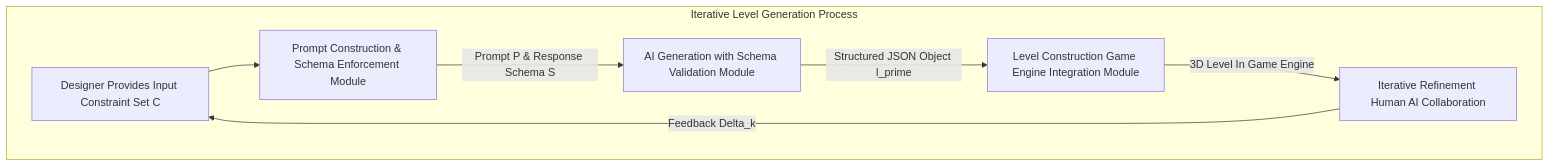
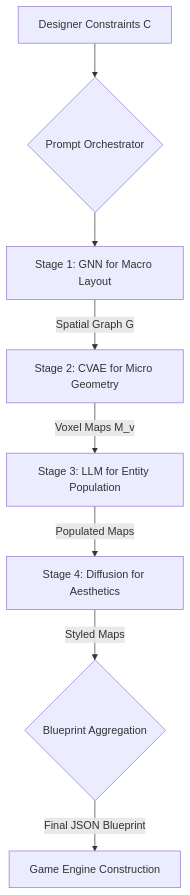
One commit to diplomat-bit/Citibank_Demo_Business_Inc_Demonstration- changed the second of 8 diagrams in inventions/086_automated_game_level_design.md. Above: the diagram before and after it, drawn with Mermaid. The commit also changed other lines of this file, not shown here.

Commit message:
[AI] Edit: inventions/086_automated_game_level_design.md

````diff
--- a/inventions/086_automated_game_level_design.md
+++ b/inventions/086_automated_game_level_design.md
@@ -160,10 +151,10 @@
 ```mermaid
-graph TD
-    subgraph Iterative Level Generation Process
-        A[Designer Provides Input Constraint Set C] --> B[Prompt Construction & Schema Enforcement Module]
-        B -- Prompt P & Response Schema S --> C[AI Generation with Schema Validation Module]
-        C -- Structured JSON Object l_prime --> D[Level Construction Game Engine Integration Module]
-        D -- 3D Level In Game Engine --> E[Iterative Refinement Human AI Collaboration]
-        E -- Feedback Delta_k --> A
-    end
+flowchart TD
+    A[Designer Constraints C] --> B{Prompt Orchestrator};
+    B --> C[Stage 1: GNN for Macro Layout];
+    C -- Spatial Graph G --> D[Stage 2: CVAE for Micro Geometry];
+    D -- Voxel Maps M_v --> E[Stage 3: LLM for Entity Population];
+    E -- Populated Maps --> F[Stage 4: Diffusion for Aesthetics];
+    F -- Styled Maps --> G{Blueprint Aggregation};
+    G -- Final JSON Blueprint --> H[Game Engine Construction];
 ```
````
